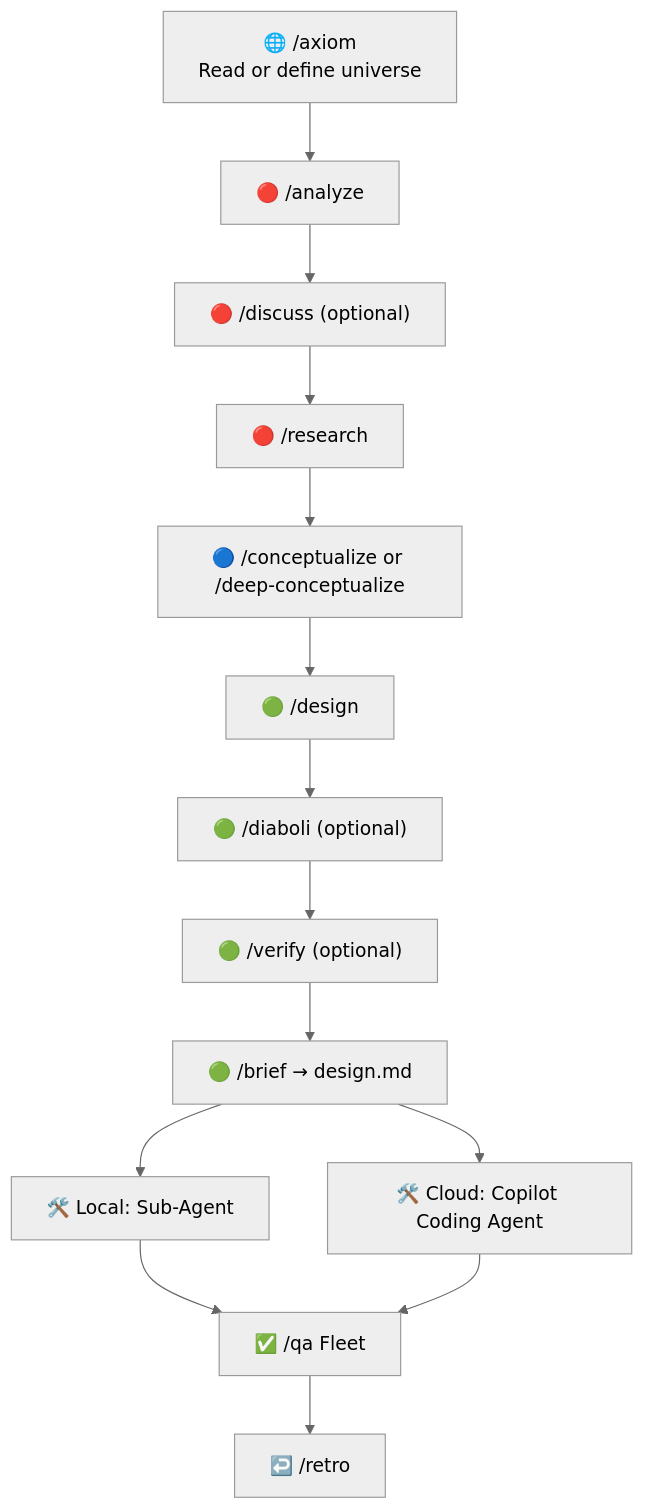
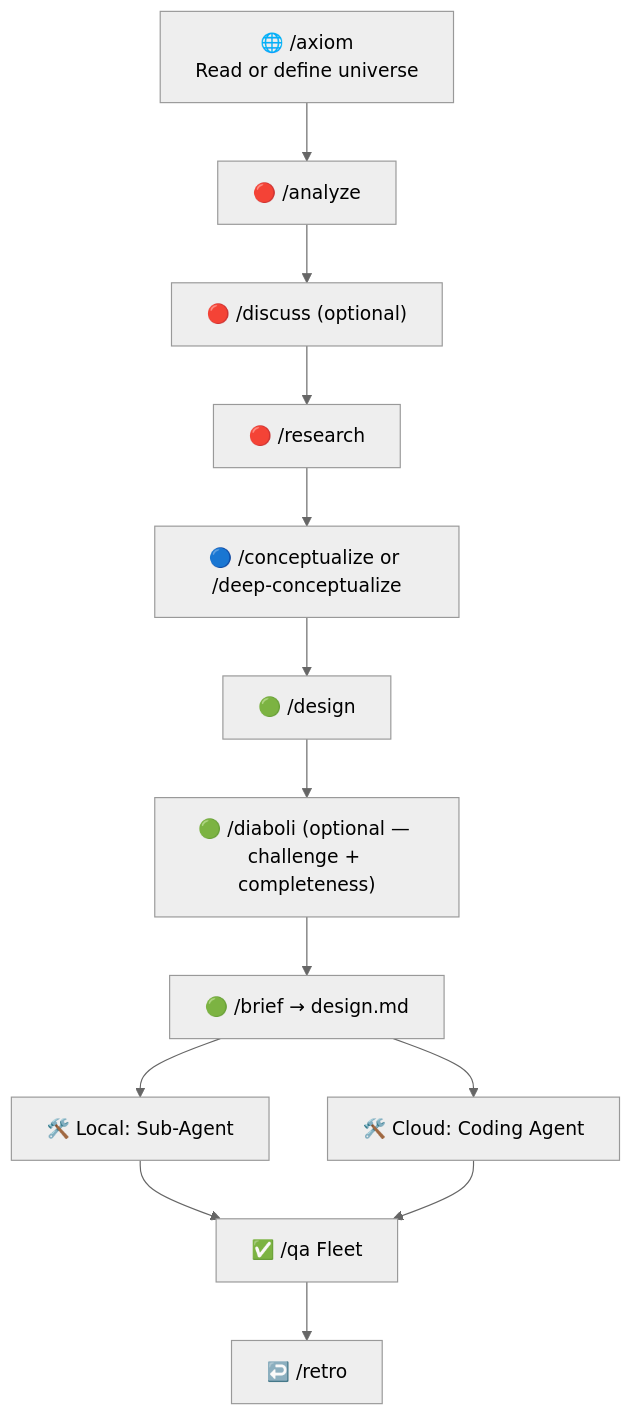
Before and after one commit to pesteph/agentic-workflow: the diagram in README.md, drawn with Mermaid (neutral theme). The commit also changed other lines of this file and 42 other files, not shown here.

````diff
--- a/README.md
+++ b/README.md
@@ -39,30 +39,28 @@
 ```mermaid
 graph TD
     AX["🌐 /axiom<br/>Read or define universe"]
     A["🔴 /analyze"]
     R["🔴 /research"]
     DI["🔴 /discuss (optional)"]
     C["🔵 /conceptualize or /deep-conceptualize"]
     DE["🟢 /design"]
-    DAB["🟢 /diaboli (optional)"]
-    VE["🟢 /verify (optional)"]
+    DAB["🟢 /diaboli (optional — challenge + completeness)"]
     BR["🟢 /brief → design.md"]
     L["🛠️ Local: Sub-Agent"]
-    CL["🛠️ Cloud: Copilot Coding Agent"]
+    CL["🛠️ Cloud: Coding Agent"]
     QA["✅ /qa Fleet"]
     RT["↩️ /retro"]
 
     AX --> A
     A --> DI
     DI --> R
     R --> C
     C --> DE
     DE --> DAB
-    DAB --> VE
-    VE --> BR
+    DAB --> BR
     BR --> L
     BR --> CL
     L --> QA
     CL --> QA
     QA --> RT
 ```
````
